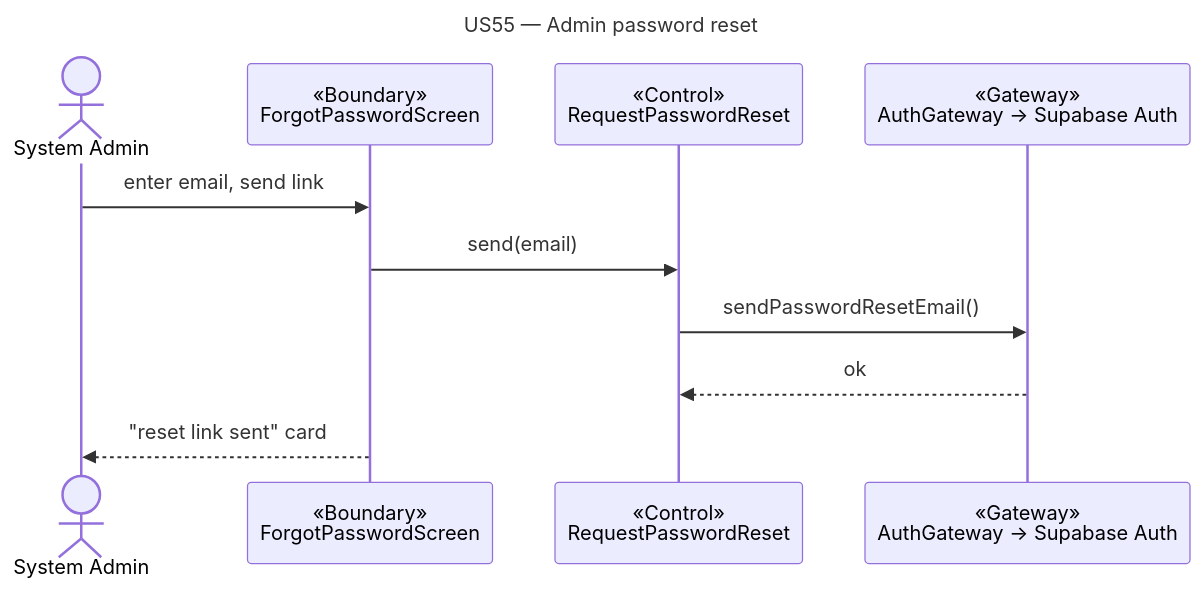
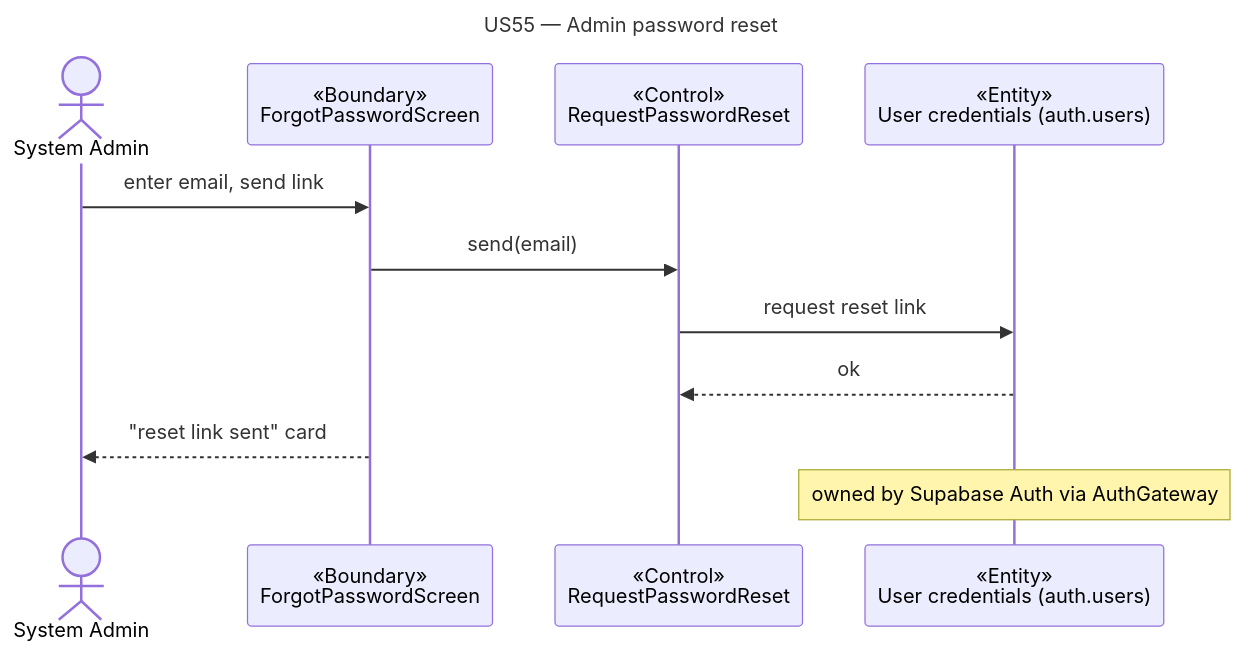
One commit to cyuanjun/FYP-26-S2-37-app changed the diagram in docs/deliverables/sequence-diagrams/src/US55-admin-reset.mmd. Above: the diagram before and after it, drawn with Mermaid. The commit also changed 116 other files, not shown here.

Commit message:
Reformat sequence diagrams to sample PTD convention (Boundary-Control-Entity)

```diff
--- a/docs/deliverables/sequence-diagrams/src/US55-admin-reset.mmd
+++ b/docs/deliverables/sequence-diagrams/src/US55-admin-reset.mmd
@@ -1,13 +1,14 @@
 ---
 title: "US55 — Admin password reset"
 ---
 sequenceDiagram
   actor A as System Admin
   participant B as «Boundary»<br/>ForgotPasswordScreen
   participant C as «Control»<br/>RequestPasswordReset
-  participant G as «Gateway»<br/>AuthGateway → Supabase Auth
+  participant E as «Entity»<br/>User credentials (auth.users)
   A->>B: enter email, send link
   B->>C: send(email)
-  C->>G: sendPasswordResetEmail()
-  G-->>C: ok
+  C->>E: request reset link
+  E-->>C: ok
   B-->>A: "reset link sent" card
+  note over E: owned by Supabase Auth via AuthGateway
```
